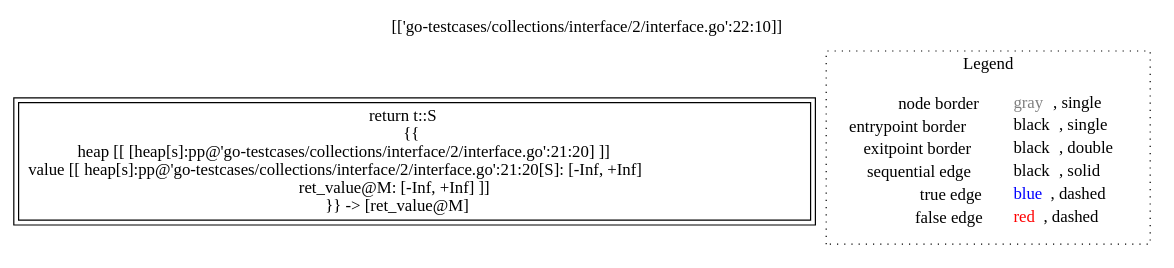
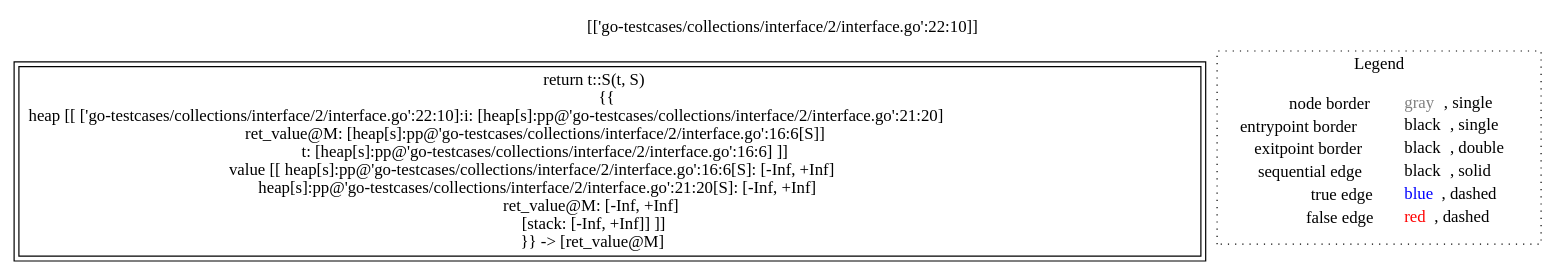
Before and after one commit to lisa-analyzer/go-lisa: the diagram in go-lisa/go-testcases/collections/interface/2/analysis___-1113382112_string_T.M(T_t).dot, drawn with Graphviz. The commit also changed 3 other files, not shown here.

```diff
--- a/go-lisa/go-testcases/collections/interface/2/analysis___-1113382112_string_T.M(T_t).dot
+++ b/go-lisa/go-testcases/collections/interface/2/analysis___-1113382112_string_T.M(T_t).dot
@@ -1,12 +1,12 @@
 digraph {
 	labelloc="t";
 	label="[['go-testcases/collections/interface/2/interface.go':22:10]]";
-	"node0" [shape="rect",color="black",peripheries="2",label=<return t::S<BR/>{{<BR/>heap [[ [heap[s]:pp@'go-testcases/collections/interface/2/interface.go':21:20] ]]<BR/>value [[ heap[s]:pp@'go-testcases/collections/interface/2/interface.go':21:20[S]: [-Inf, +Inf]<BR/>ret_value@M: [-Inf, +Inf] ]]<BR/>}} -&gt; [ret_value@M]>];
+	"node0" [shape="rect",color="black",peripheries="2",label=<return t::S(t, S)<BR/>{{<BR/>heap [[ ['go-testcases/collections/interface/2/interface.go':22:10]:i: [heap[s]:pp@'go-testcases/collections/interface/2/interface.go':21:20]<BR/>ret_value@M: [heap[s]:pp@'go-testcases/collections/interface/2/interface.go':16:6[S]]<BR/>t: [heap[s]:pp@'go-testcases/collections/interface/2/interface.go':16:6] ]]<BR/>value [[ heap[s]:pp@'go-testcases/collections/interface/2/interface.go':16:6[S]: [-Inf, +Inf]<BR/>heap[s]:pp@'go-testcases/collections/interface/2/interface.go':21:20[S]: [-Inf, +Inf]<BR/>ret_value@M: [-Inf, +Inf]<BR/>[stack: [-Inf, +Inf]] ]]<BR/>}} -&gt; [ret_value@M]>];
 subgraph cluster_legend {
 	label="Legend";
 	style=dotted;
 	node [shape=plaintext];
 	"legend" [label=<<table border="0" cellpadding="2" cellspacing="0" cellborder="0"><tr><td align="right">node border&nbsp;</td><td align="left"><font color="gray">gray</font>, single</td></tr><tr><td align="right">entrypoint border&nbsp;</td><td align="left"><font color="black">black</font>, single</td></tr><tr><td align="right">exitpoint border&nbsp;</td><td align="left"><font color="black">black</font>, double</td></tr><tr><td align="right">sequential edge&nbsp;</td><td align="left"><font color="black">black</font>, solid</td></tr><tr><td align="right">true edge&nbsp;</td><td align="left"><font color="blue">blue</font>, dashed</td></tr><tr><td align="right">false edge&nbsp;</td><td align="left"><font color="red">red</font>, dashed</td></tr></table>>];
 }
 
 }
```
